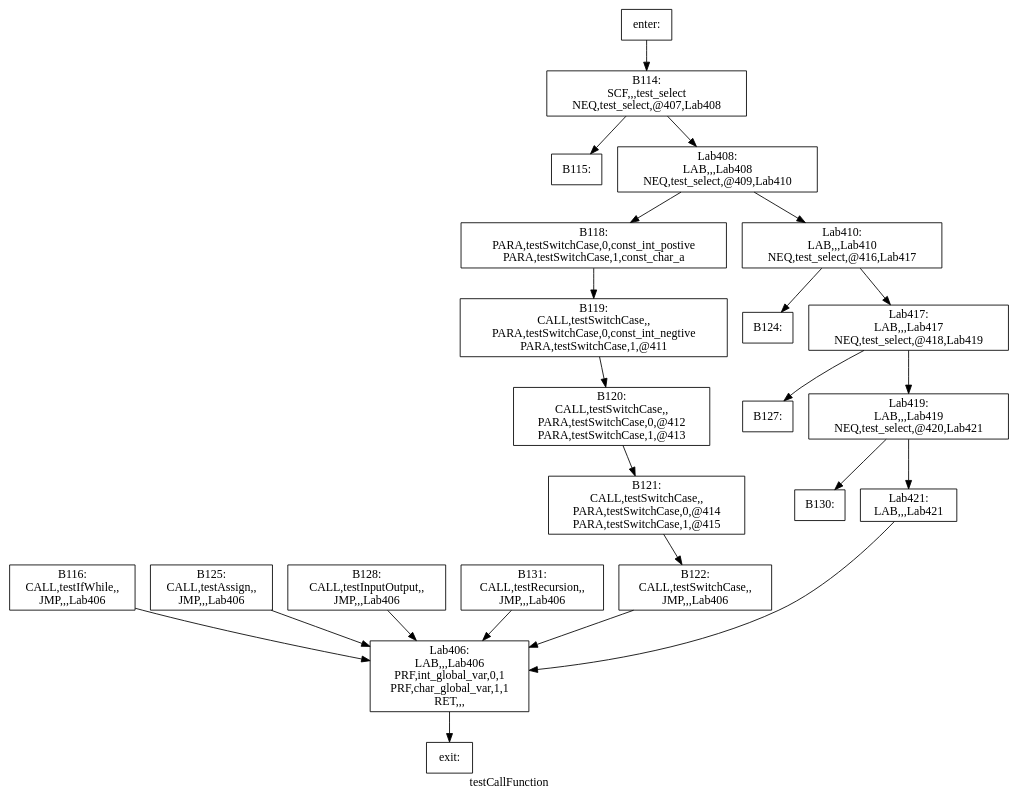
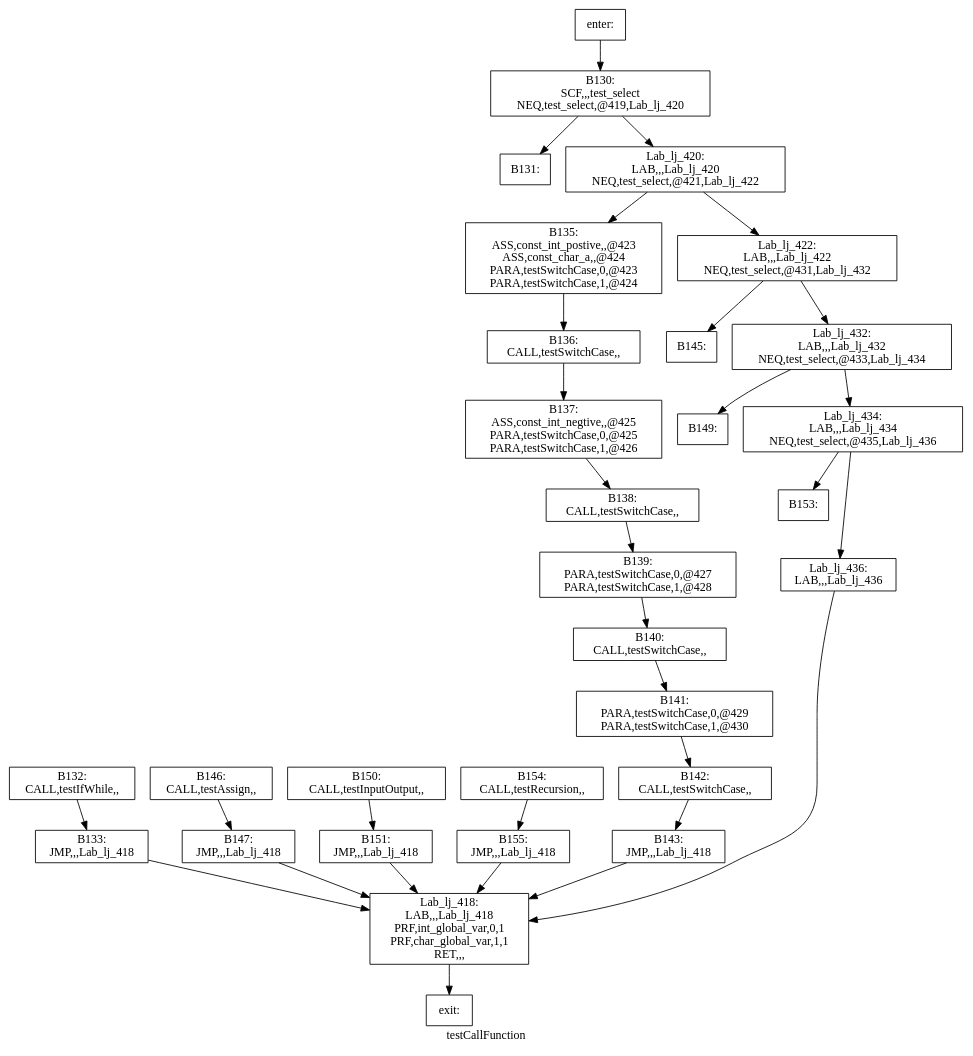
One commit to yifan123/Compiler changed the diagram in Compiler/basic_block/dot/testCallFunction.dot. Above: the diagram before and after it, drawn with Graphviz. The commit also changed 392 other files, not shown here.

Commit message:
完工，做了以下优化： 1. 常量折叠 2. 划分基本块并使用graphviz绘制控制流图 3. 在parser时直接将所有常量的值计算出来 4. 到达定义分析，计算d-u链和活跃变量分析 5. 构建冲突图，图着色 6. 全局寄存器分配加寄存器池 7.栈传参改为寄存器传参

```diff
--- a/Compiler/basic_block/dot/testCallFunction.dot
+++ b/Compiler/basic_block/dot/testCallFunction.dot
@@ -1,47 +1,63 @@
 digraph testCallFunction{
 label =testCallFunction
-B114[label="B114:\nSCF,,,test_select\nNEQ,test_select,@407,Lab408\n" shape=box]
-B115[label="B115:\n" shape=box]
-B116[label="B116:\nCALL,testIfWhile,,\nJMP,,,Lab406\n" shape=box]
-B118[label="B118:\nPARA,testSwitchCase,0,const_int_postive\nPARA,testSwitchCase,1,const_char_a\n" shape=box]
-B119[label="B119:\nCALL,testSwitchCase,,\nPARA,testSwitchCase,0,const_int_negtive\nPARA,testSwitchCase,1,@411\n" shape=box]
-B120[label="B120:\nCALL,testSwitchCase,,\nPARA,testSwitchCase,0,@412\nPARA,testSwitchCase,1,@413\n" shape=box]
-B121[label="B121:\nCALL,testSwitchCase,,\nPARA,testSwitchCase,0,@414\nPARA,testSwitchCase,1,@415\n" shape=box]
-B122[label="B122:\nCALL,testSwitchCase,,\nJMP,,,Lab406\n" shape=box]
-B124[label="B124:\n" shape=box]
-B125[label="B125:\nCALL,testAssign,,\nJMP,,,Lab406\n" shape=box]
-B127[label="B127:\n" shape=box]
-B128[label="B128:\nCALL,testInputOutput,,\nJMP,,,Lab406\n" shape=box]
-B130[label="B130:\n" shape=box]
-B131[label="B131:\nCALL,testRecursion,,\nJMP,,,Lab406\n" shape=box]
-Lab406[label="Lab406:\nLAB,,,Lab406\nPRF,int_global_var,0,1\nPRF,char_global_var,1,1\nRET,,,\n" shape=box]
-Lab408[label="Lab408:\nLAB,,,Lab408\nNEQ,test_select,@409,Lab410\n" shape=box]
-Lab410[label="Lab410:\nLAB,,,Lab410\nNEQ,test_select,@416,Lab417\n" shape=box]
-Lab417[label="Lab417:\nLAB,,,Lab417\nNEQ,test_select,@418,Lab419\n" shape=box]
-Lab419[label="Lab419:\nLAB,,,Lab419\nNEQ,test_select,@420,Lab421\n" shape=box]
-Lab421[label="Lab421:\nLAB,,,Lab421\n" shape=box]
+B130[label="B130:\nSCF,,,test_select\nNEQ,test_select,@419,Lab_lj_420\n" shape=box]
+B131[label="B131:\n" shape=box]
+B132[label="B132:\nCALL,testIfWhile,,\n" shape=box]
+B133[label="B133:\nJMP,,,Lab_lj_418\n" shape=box]
+B135[label="B135:\nASS,const_int_postive,,@423\nASS,const_char_a,,@424\nPARA,testSwitchCase,0,@423\nPARA,testSwitchCase,1,@424\n" shape=box]
+B136[label="B136:\nCALL,testSwitchCase,,\n" shape=box]
+B137[label="B137:\nASS,const_int_negtive,,@425\nPARA,testSwitchCase,0,@425\nPARA,testSwitchCase,1,@426\n" shape=box]
+B138[label="B138:\nCALL,testSwitchCase,,\n" shape=box]
+B139[label="B139:\nPARA,testSwitchCase,0,@427\nPARA,testSwitchCase,1,@428\n" shape=box]
+B140[label="B140:\nCALL,testSwitchCase,,\n" shape=box]
+B141[label="B141:\nPARA,testSwitchCase,0,@429\nPARA,testSwitchCase,1,@430\n" shape=box]
+B142[label="B142:\nCALL,testSwitchCase,,\n" shape=box]
+B143[label="B143:\nJMP,,,Lab_lj_418\n" shape=box]
+B145[label="B145:\n" shape=box]
+B146[label="B146:\nCALL,testAssign,,\n" shape=box]
+B147[label="B147:\nJMP,,,Lab_lj_418\n" shape=box]
+B149[label="B149:\n" shape=box]
+B150[label="B150:\nCALL,testInputOutput,,\n" shape=box]
+B151[label="B151:\nJMP,,,Lab_lj_418\n" shape=box]
+B153[label="B153:\n" shape=box]
+B154[label="B154:\nCALL,testRecursion,,\n" shape=box]
+B155[label="B155:\nJMP,,,Lab_lj_418\n" shape=box]
+Lab_lj_418[label="Lab_lj_418:\nLAB,,,Lab_lj_418\nPRF,int_global_var,0,1\nPRF,char_global_var,1,1\nRET,,,\n" shape=box]
+Lab_lj_420[label="Lab_lj_420:\nLAB,,,Lab_lj_420\nNEQ,test_select,@421,Lab_lj_422\n" shape=box]
+Lab_lj_422[label="Lab_lj_422:\nLAB,,,Lab_lj_422\nNEQ,test_select,@431,Lab_lj_432\n" shape=box]
+Lab_lj_432[label="Lab_lj_432:\nLAB,,,Lab_lj_432\nNEQ,test_select,@433,Lab_lj_434\n" shape=box]
+Lab_lj_434[label="Lab_lj_434:\nLAB,,,Lab_lj_434\nNEQ,test_select,@435,Lab_lj_436\n" shape=box]
+Lab_lj_436[label="Lab_lj_436:\nLAB,,,Lab_lj_436\n" shape=box]
 enter[label="enter:\n" shape=box]
 exit[label="exit:\n" shape=box]
-B114->B115
-B114->Lab408
-B116->Lab406
-B118->B119
-B119->B120
-B120->B121
-B121->B122
-B122->Lab406
-B125->Lab406
-B128->Lab406
-B131->Lab406
-Lab406->exit
-Lab408->B118
-Lab408->Lab410
-Lab410->B124
-Lab410->Lab417
-Lab417->B127
-Lab417->Lab419
-Lab419->B130
-Lab419->Lab421
-Lab421->Lab406
-enter->B114
+B130->B131
+B130->Lab_lj_420
+B132->B133
+B133->Lab_lj_418
+B135->B136
+B136->B137
+B137->B138
+B138->B139
+B139->B140
+B140->B141
+B141->B142
+B142->B143
+B143->Lab_lj_418
+B146->B147
+B147->Lab_lj_418
+B150->B151
+B151->Lab_lj_418
+B154->B155
+B155->Lab_lj_418
+Lab_lj_418->exit
+Lab_lj_420->B135
+Lab_lj_420->Lab_lj_422
+Lab_lj_422->B145
+Lab_lj_422->Lab_lj_432
+Lab_lj_432->B149
+Lab_lj_432->Lab_lj_434
+Lab_lj_434->B153
+Lab_lj_434->Lab_lj_436
+Lab_lj_436->Lab_lj_418
+enter->B130
 }
```
